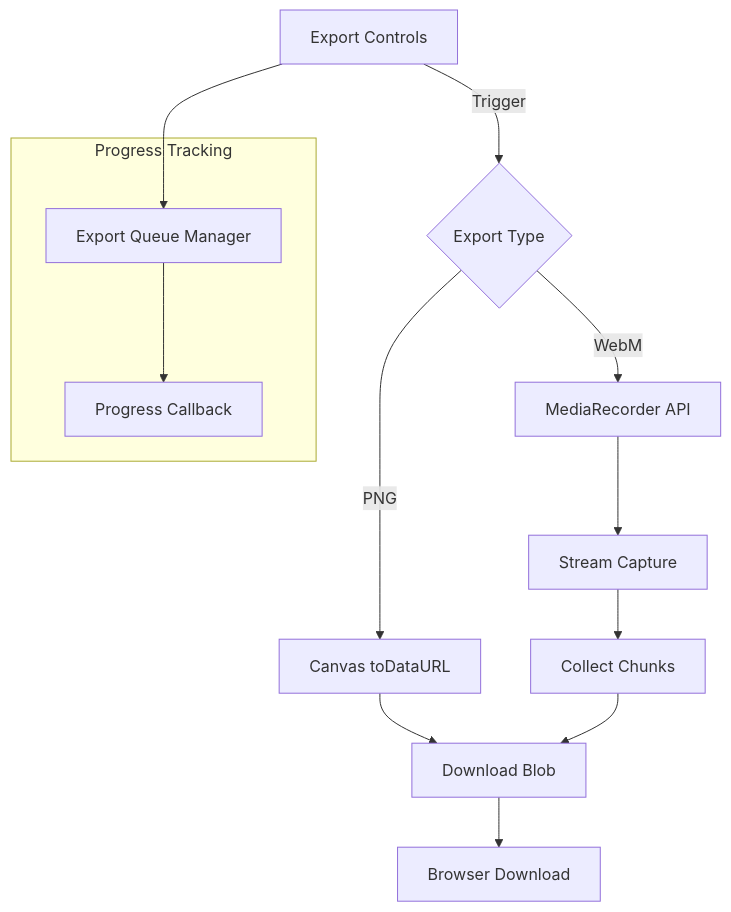
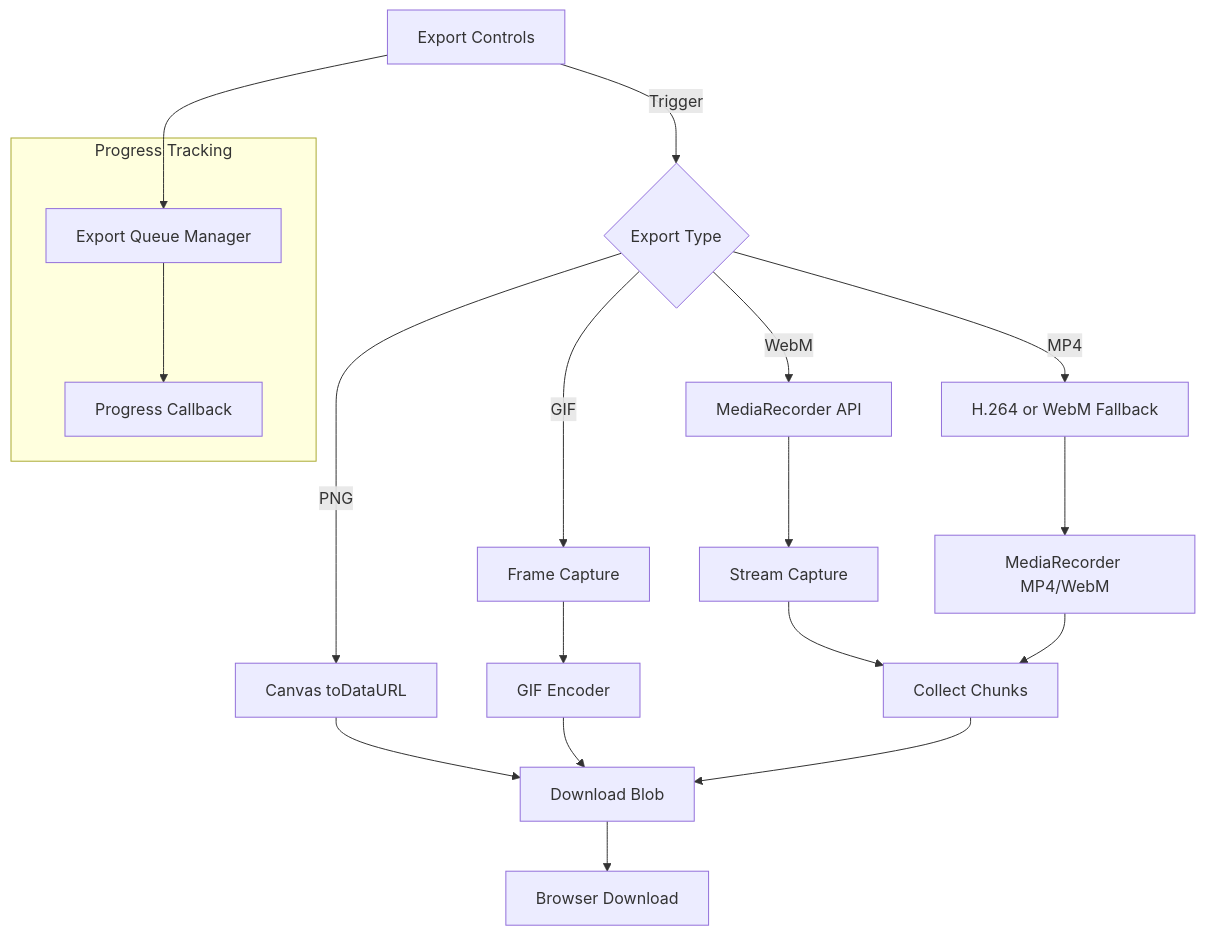
Before and after one commit to AgentFoundryExamples/spacetime-visualizer: the third of 4 diagrams in docs/scenarios.md, drawn with Mermaid. The commit also changed other lines of this file and 8 other files, not shown here.

````diff
--- a/docs/scenarios.md
+++ b/docs/scenarios.md
@@ -510,19 +510,25 @@
 ```mermaid
 graph TD
     A[Export Controls] -->|Trigger| B{Export Type}
     B -->|PNG| C[Canvas toDataURL]
     B -->|WebM| D[MediaRecorder API]
-    C --> E[Download Blob]
-    D --> F[Stream Capture]
-    F --> G[Collect Chunks]
-    G --> E
-    E --> H[Browser Download]
+    B -->|GIF| E[Frame Capture]
+    B -->|MP4| F[H.264 or WebM Fallback]
+    C --> G[Download Blob]
+    D --> H[Stream Capture]
+    E --> I[GIF Encoder]
+    F --> J[MediaRecorder MP4/WebM]
+    H --> K[Collect Chunks]
+    I --> G
+    J --> K
+    K --> G
+    G --> L[Browser Download]
     
     subgraph "Progress Tracking"
-        I[Export Queue Manager]
-        J[Progress Callback]
+        M[Export Queue Manager]
+        N[Progress Callback]
     end
     
-    A --> I
-    I --> J
+    A --> M
+    M --> N
 ```
````
